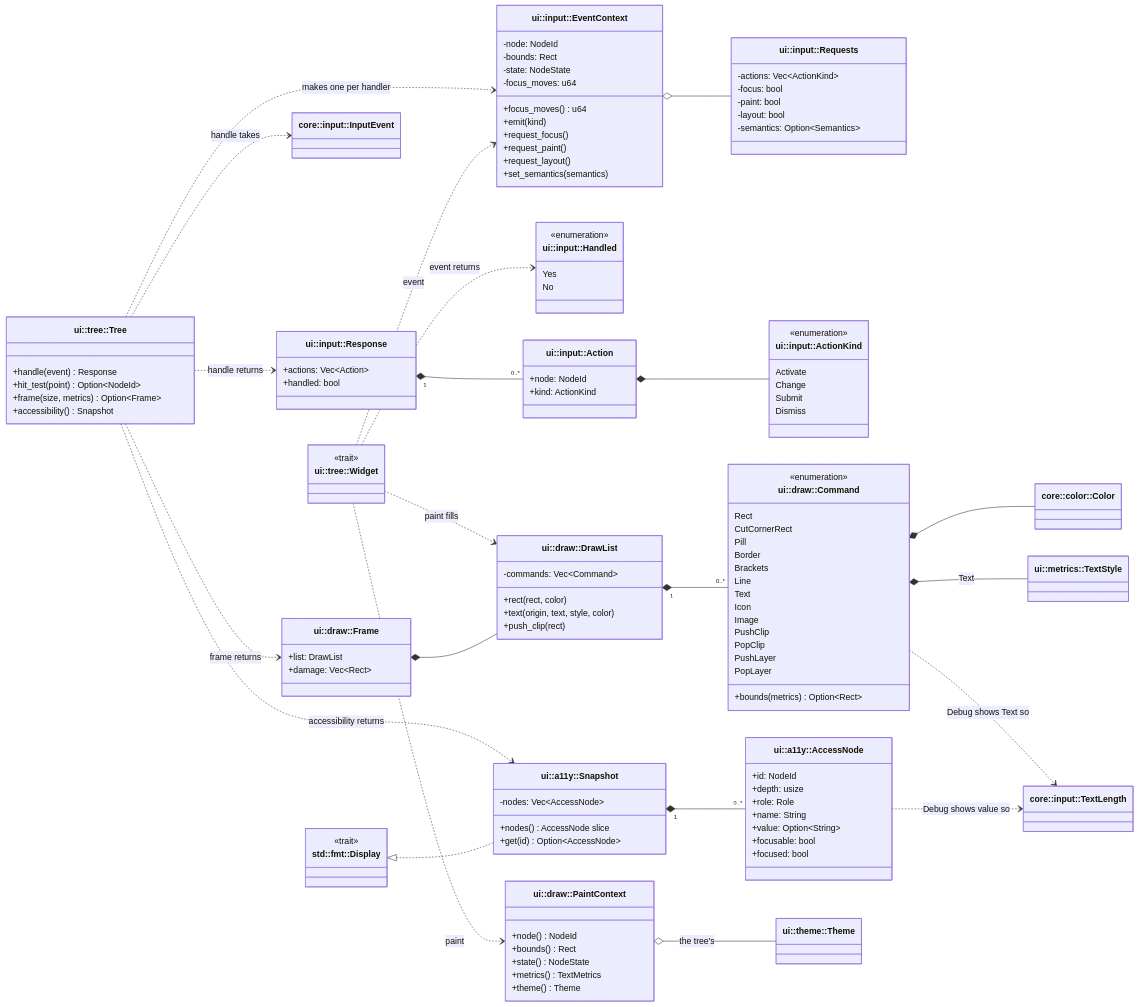
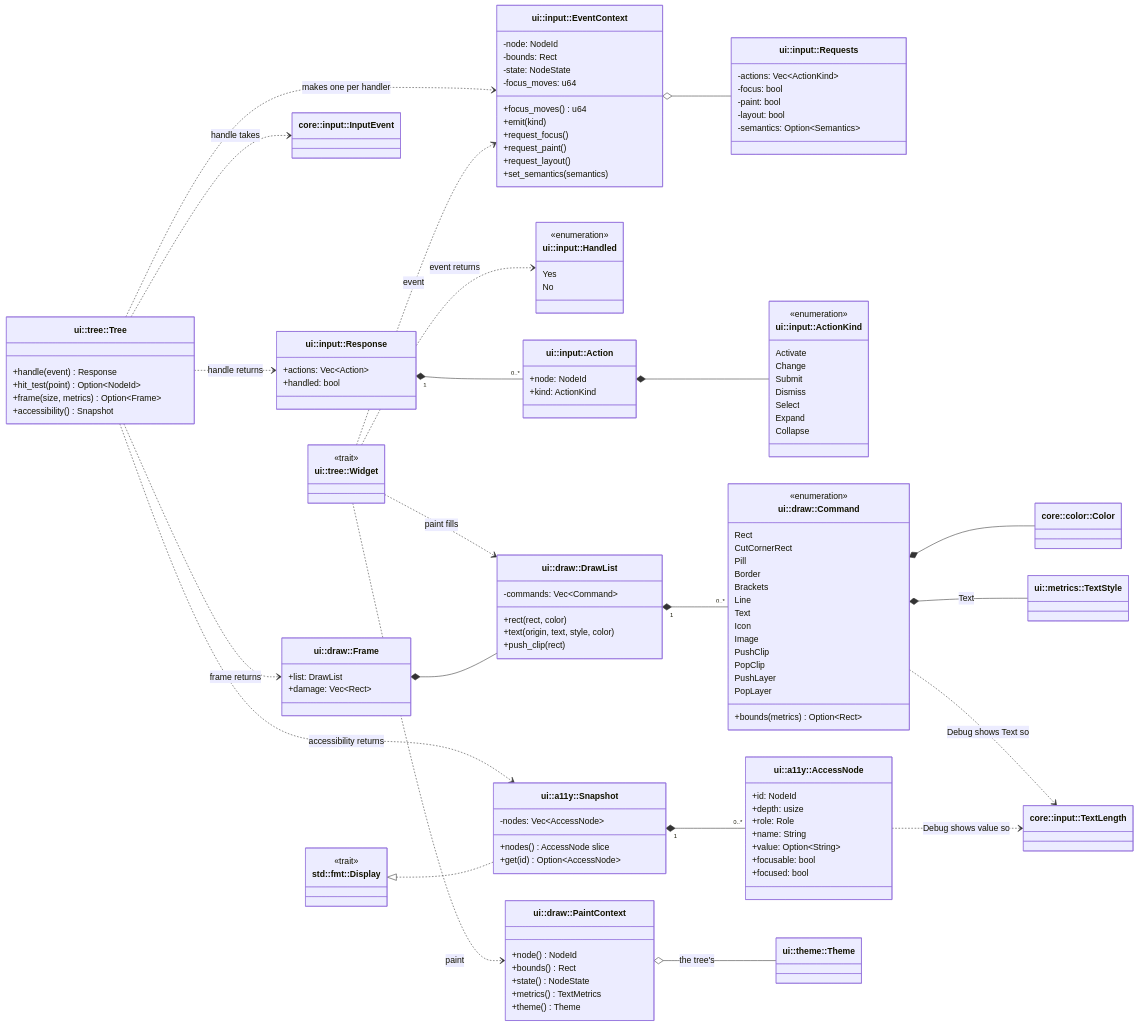
Before and after one commit to jabbott-iii/Tidepool: diagram 44 of 49 in diagrams/class-diagrams.md, drawn with Mermaid. The commit also changed other lines of this file and 55 other files, not shown here.

```diff
--- a/diagrams/class-diagrams.md
+++ b/diagrams/class-diagrams.md
@@ -3934,6 +3938,9 @@
         Change
         Submit
         Dismiss
+        Select
+        Expand
+        Collapse
     }
     class PaintContext["ui::draw::PaintContext"] {
         +node() NodeId
```
